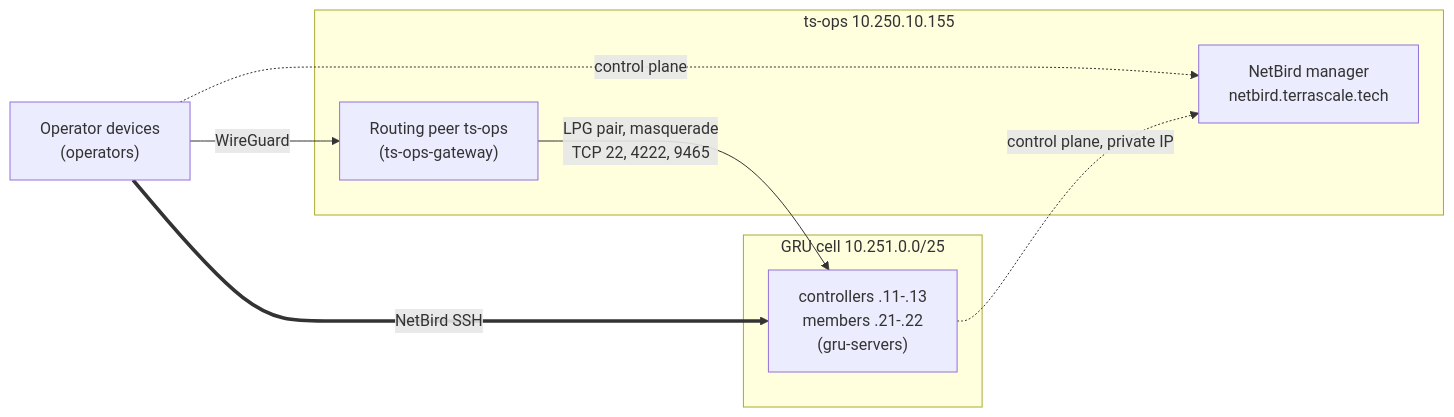
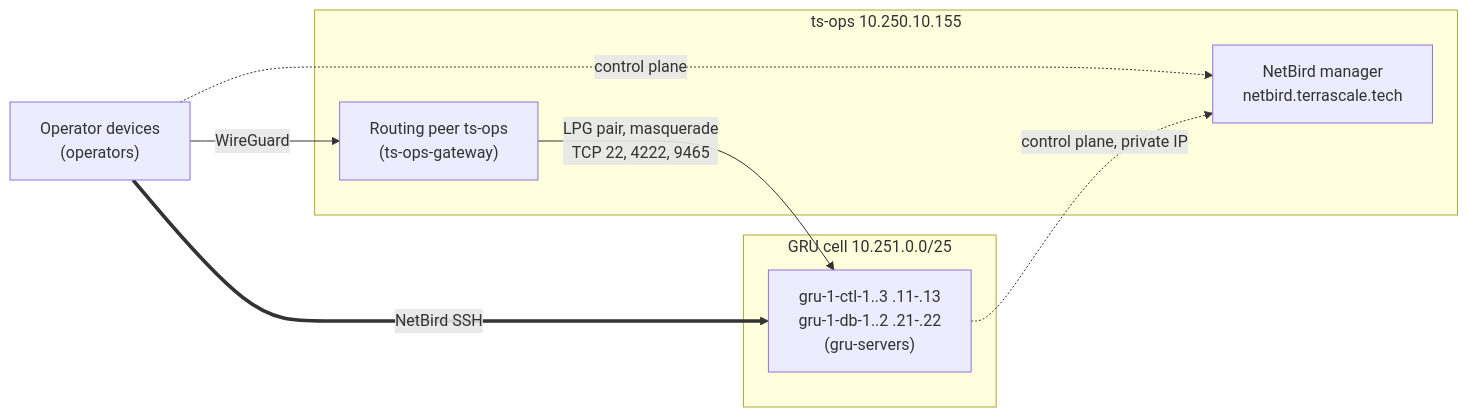
The diagram in deploy/netbird/README.md (TerraScale/ts-orchestrator), drawn with Mermaid before and after one commit. The commit also changed other lines of this file and 51 other files, not shown here.

````diff
--- a/deploy/netbird/README.md
+++ b/deploy/netbird/README.md
@@ -18,16 +18,16 @@
 ```mermaid
 flowchart LR
   dev["Operator devices<br/>(operators)"]
   subgraph tsops["ts-ops 10.250.10.155"]
     mgr["NetBird manager<br/>netbird.terrascale.tech"]
     rp["Routing peer ts-ops<br/>(ts-ops-gateway)"]
   end
   subgraph gru["GRU cell 10.251.0.0/25"]
-    srv["controllers .11-.13<br/>members .21-.22<br/>(gru-servers)"]
+    srv["gru-1-ctl-1..3 .11-.13<br/>gru-1-db-1..2 .21-.22<br/>(gru-servers)"]
   end
   dev -. control plane .-> mgr
   srv -. control plane, private IP .-> mgr
   dev -->|WireGuard| rp
   rp -->|LPG pair, masquerade<br/>TCP 22, 4222, 9465| srv
   dev ==>|NetBird SSH| srv
 ```
````
